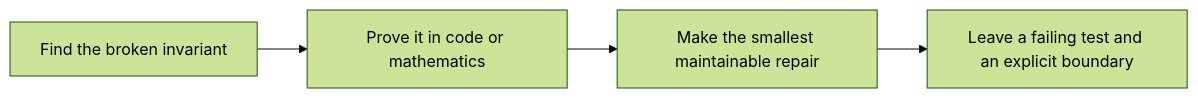
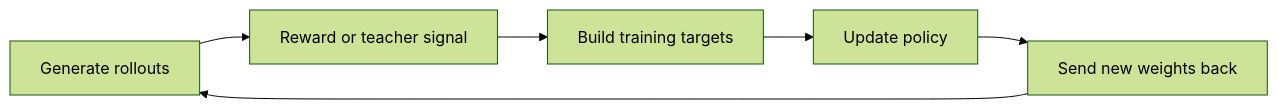
Before and after one commit to tianyi-zhang-02/cooking-agi: the first of 3 diagrams in open-source/nemo-rl/README.en.md, drawn with Mermaid (forest theme). The commit also changed other lines of this file and 89 other files, not shown here.

````diff
--- a/open-source/nemo-rl/README.en.md
+++ b/open-source/nemo-rl/README.en.md
@@ -34,6 +50,8 @@
 ```mermaid
 flowchart LR
-    A["Find the broken invariant"] --> B["Prove it in code or mathematics"]
-    B --> C["Make the smallest maintainable repair"]
-    C --> D["Leave a failing test and an explicit boundary"]
+    A["Generate rollouts"] --> B["Reward or teacher signal"]
+    B --> C["Build training targets"]
+    C --> D["Update policy"]
+    D --> E["Send new weights back"]
+    E --> A
 ```
````
